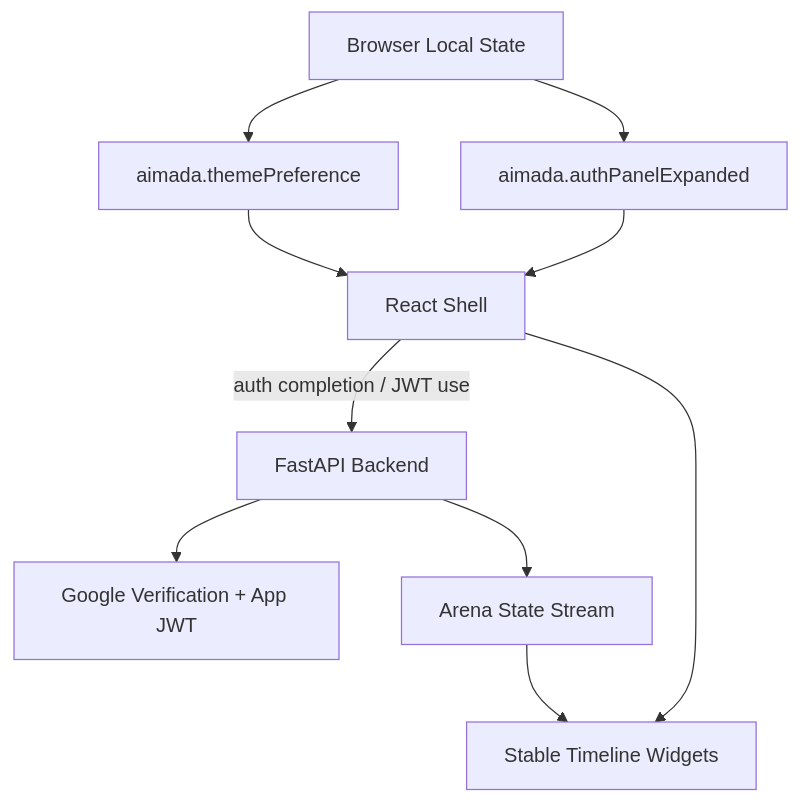
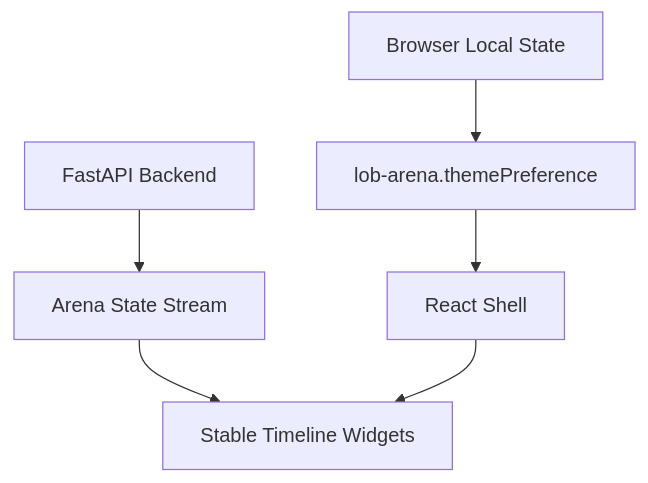
The diagram in docs/architecture/ARD-0013-ui-shell-preferences.md (khab40/aimada), drawn with Mermaid before and after one commit. The commit also changed other lines of this file and 94 other files, not shown here.

````diff
--- a/docs/architecture/ARD-0013-ui-shell-preferences.md
+++ b/docs/architecture/ARD-0013-ui-shell-preferences.md
@@ -51,21 +50,15 @@
 ```mermaid
 graph TD
     Browser["Browser Local State"]
-    Theme["aimada.themePreference"]
-    AuthPanel["aimada.authPanelExpanded"]
+    Theme["lob-arena.themePreference"]
     Shell["React Shell"]
     Backend["FastAPI Backend"]
-    Auth["Google Verification + App JWT"]
     Arena["Arena State Stream"]
     Visuals["Stable Timeline Widgets"]
 
     Browser --> Theme
-    Browser --> AuthPanel
     Theme --> Shell
-    AuthPanel --> Shell
-    Shell -->|auth completion / JWT use| Backend
-    Backend --> Auth
     Backend --> Arena
     Arena --> Visuals
     Shell --> Visuals
 ```
````
